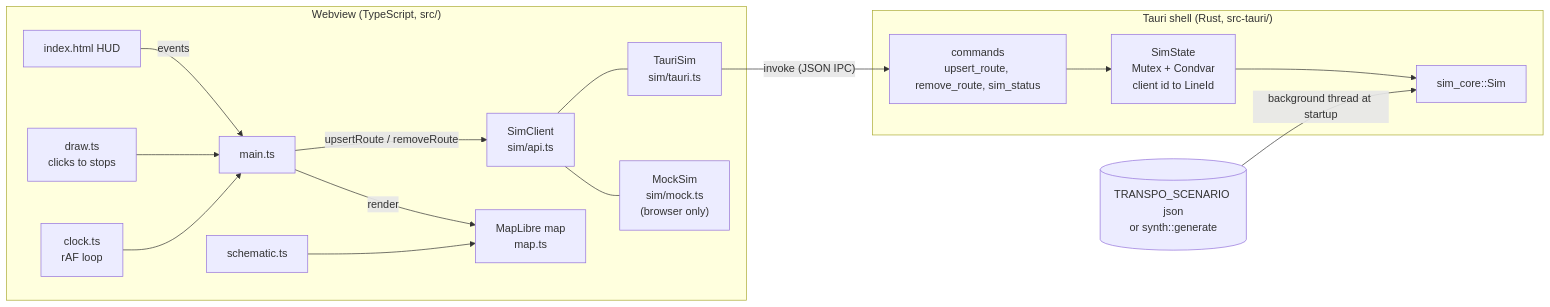
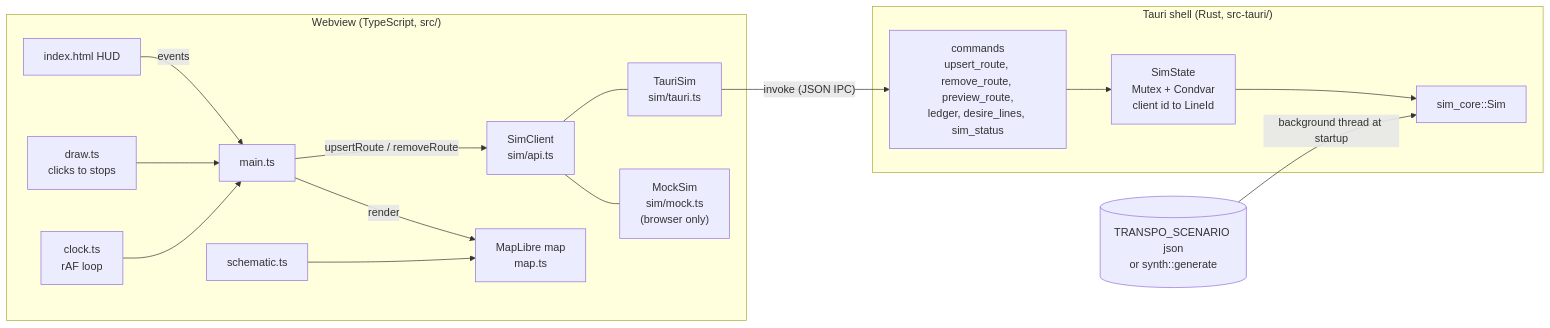
The diagram in app/docs/ARCHITECTURE.md (mr-gril-em-up/Transportation-Simulator), drawn with Mermaid before and after one commit. The commit also changed other lines of this file and 17 other files, not shown here.

First line of the commit message:
app: build cost preview while drawing + budget line (F16)

````diff
--- a/app/docs/ARCHITECTURE.md
+++ b/app/docs/ARCHITECTURE.md
@@ -5,19 +5,19 @@
 ```mermaid
 flowchart LR
     subgraph webview["Webview (TypeScript, src/)"]
         hud["index.html HUD"] -->|events| main["main.ts"]
         draw["draw.ts<br/>clicks to stops"] --> main
         main -->|"upsertRoute / removeRoute"| client["SimClient<br/>sim/api.ts"]
         client --- tauri["TauriSim<br/>sim/tauri.ts"]
         client --- mock["MockSim<br/>sim/mock.ts<br/>(browser only)"]
         main -->|render| map["MapLibre map<br/>map.ts"]
         schem["schematic.ts"] --> map
         clock["clock.ts<br/>rAF loop"] --> main
     end
     subgraph shell["Tauri shell (Rust, src-tauri/)"]
-        cmds["commands<br/>upsert_route, remove_route, sim_status"] --> state["SimState<br/>Mutex + Condvar<br/>client id to LineId"]
+        cmds["commands<br/>upsert_route, remove_route, preview_route,<br/>ledger, desire_lines, sim_status"] --> state["SimState<br/>Mutex + Condvar<br/>client id to LineId"]
         state --> core["sim_core::Sim"]
     end
     tauri -->|"invoke (JSON IPC)"| cmds
     scen[("TRANSPO_SCENARIO json<br/>or synth::generate")] -->|"background thread at startup"| core
 ```
````
